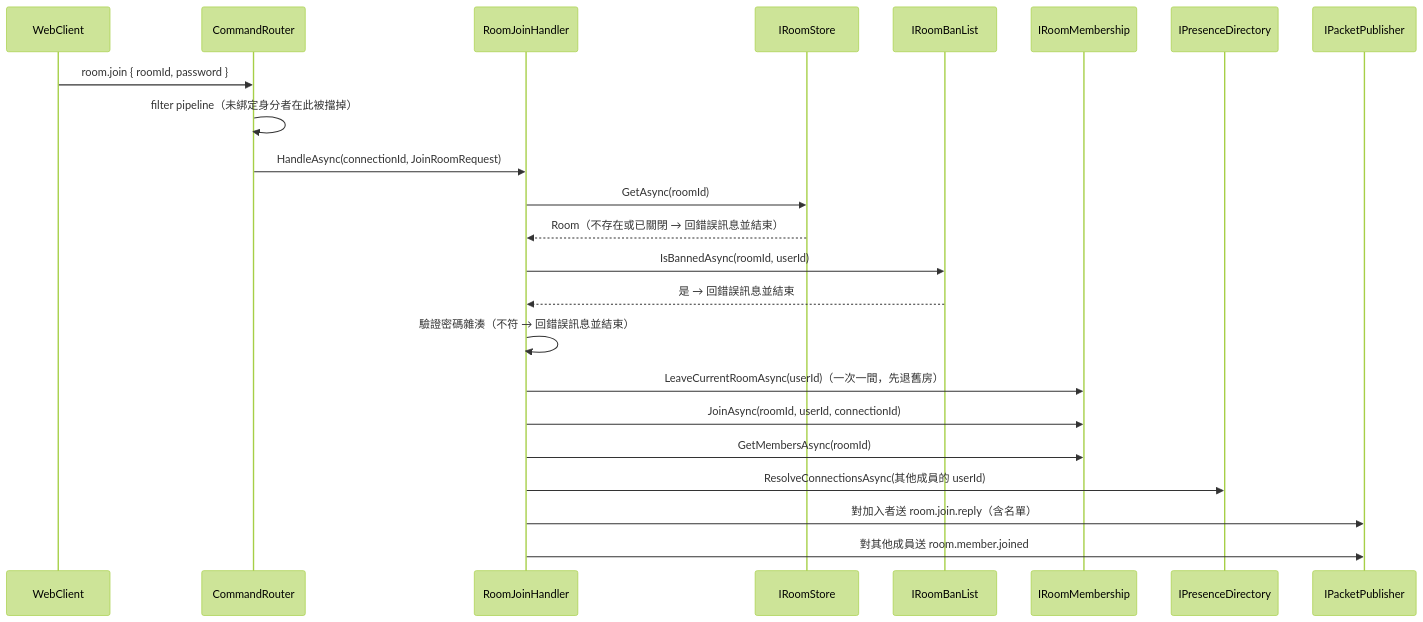
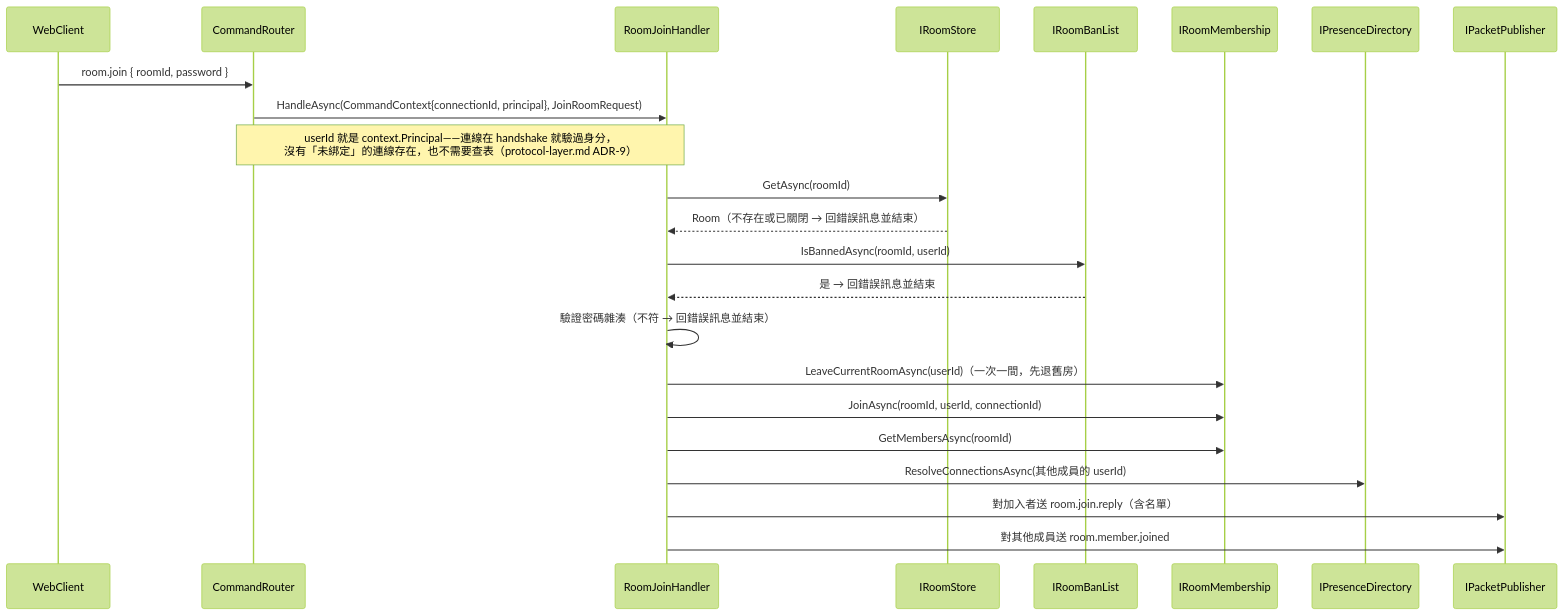
One commit to yggdrasill-dev/ChatSystem changed the second of 5 diagrams in docs/architecture/room-layer.md. Above: the diagram before and after it, drawn with Mermaid (forest theme). The commit also changed other lines of this file and 4 other files, not shown here.

First line of the commit message:
docs(identity-layer): 身分驗證改到 WebSocket handshake，同步修訂連線/協定/房間層

````diff
--- a/docs/architecture/room-layer.md
+++ b/docs/architecture/room-layer.md
@@ -79,26 +79,26 @@
 ```mermaid
 sequenceDiagram
     participant WC as WebClient
     participant CR as CommandRouter
     participant H as RoomJoinHandler
     participant RS as IRoomStore
     participant BL as IRoomBanList
     participant MS as IRoomMembership
     participant PD as IPresenceDirectory
     participant PP as IPacketPublisher
 
     WC->>CR: room.join { roomId, password }
-    CR->>CR: filter pipeline（未綁定身分者在此被擋掉）
-    CR->>H: HandleAsync(connectionId, JoinRoomRequest)
+    CR->>H: HandleAsync(CommandContext{connectionId, principal}, JoinRoomRequest)
+    Note over CR,H: userId 就是 context.Principal——連線在 handshake 就驗過身分，<br/>沒有「未綁定」的連線存在，也不需要查表（protocol-layer.md ADR-9）
     H->>RS: GetAsync(roomId)
     RS-->>H: Room（不存在或已關閉 → 回錯誤訊息並結束）
     H->>BL: IsBannedAsync(roomId, userId)
     BL-->>H: 是 → 回錯誤訊息並結束
     H->>H: 驗證密碼雜湊（不符 → 回錯誤訊息並結束）
     H->>MS: LeaveCurrentRoomAsync(userId)（一次一間，先退舊房）
     H->>MS: JoinAsync(roomId, userId, connectionId)
     H->>MS: GetMembersAsync(roomId)
     H->>PD: ResolveConnectionsAsync(其他成員的 userId)
     H->>PP: 對加入者送 room.join.reply（含名單）
     H->>PP: 對其他成員送 room.member.joined
 ```
````
